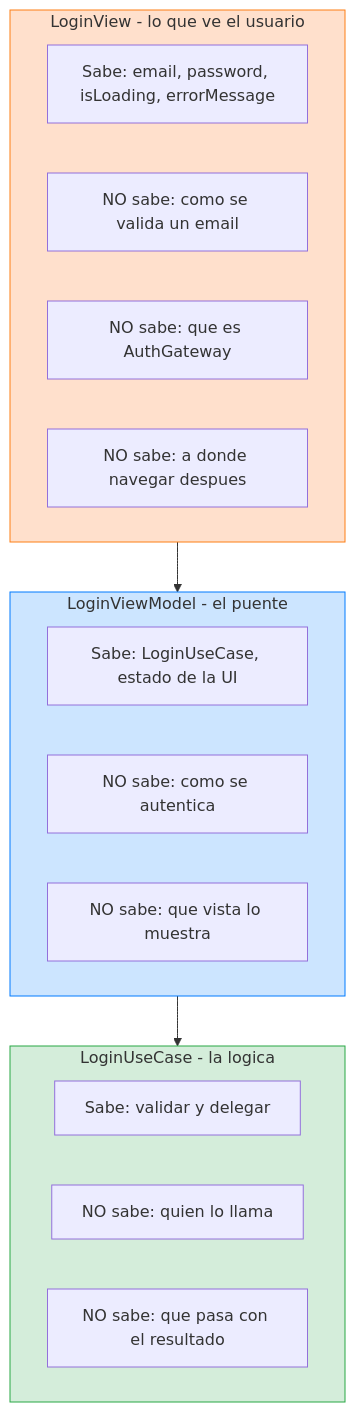
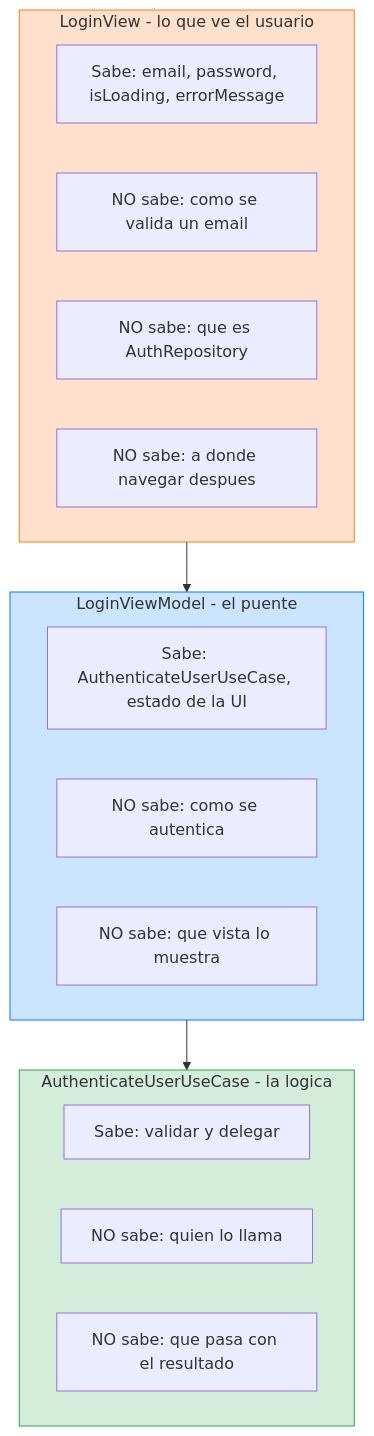
Before and after one commit to SwiftEnProfundidad/stack-my-architecture-ios: the second of 4 diagrams in 01-fundamentos/05-feature-login/04-interface-swiftui.md, drawn with Mermaid. The commit also changed other lines of this file and 50 other files, not shown here.

````diff
--- a/01-fundamentos/05-feature-login/04-interface-swiftui.md
+++ b/01-fundamentos/05-feature-login/04-interface-swiftui.md
@@ -60,27 +60,27 @@
 ```mermaid
 graph TD
     subgraph View["LoginView - lo que ve el usuario"]
         V1["Sabe: email, password, isLoading, errorMessage"]
         V2["NO sabe: como se valida un email"]
-        V3["NO sabe: que es AuthGateway"]
+        V3["NO sabe: que es AuthRepository"]
         V4["NO sabe: a donde navegar despues"]
     end
 
     subgraph ViewModel["LoginViewModel - el puente"]
-        VM1["Sabe: LoginUseCase, estado de la UI"]
+        VM1["Sabe: AuthenticateUserUseCase, estado de la UI"]
         VM2["NO sabe: como se autentica"]
         VM3["NO sabe: que vista lo muestra"]
     end
 
-    subgraph UseCase["LoginUseCase - la logica"]
+    subgraph UseCase["AuthenticateUserUseCase - la logica"]
         UC1["Sabe: validar y delegar"]
         UC2["NO sabe: quien lo llama"]
         UC3["NO sabe: que pasa con el resultado"]
     end
 
     View --> ViewModel --> UseCase
 
     style View fill:#ffe0cc,stroke:#fd7e14
     style ViewModel fill:#cce5ff,stroke:#007bff
     style UseCase fill:#d4edda,stroke:#28a745
 ```
````
